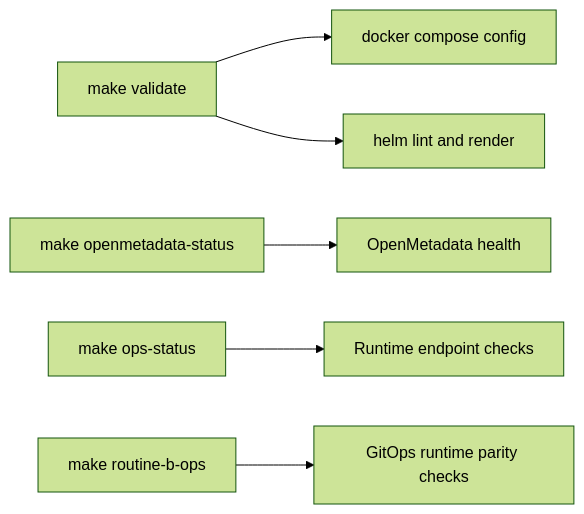
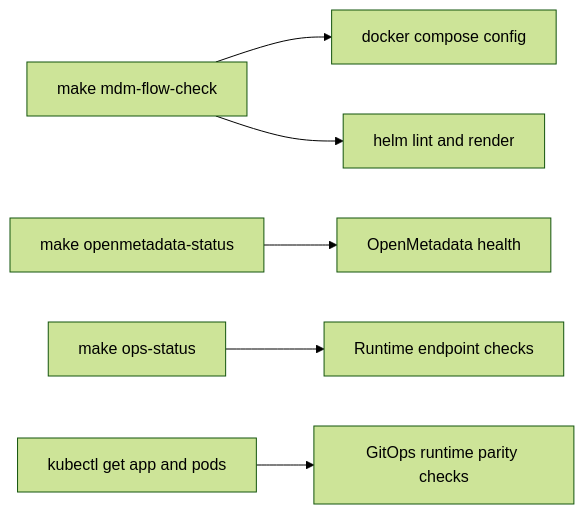
The ninth of 9 diagrams in docs/architecture.md (paulchen8206/Full-Stack-Modern-Data-Architecture-and-Engineering), drawn with Mermaid (forest theme) before and after one commit. The commit also changed other lines of this file and 23 other files, not shown here.

````diff
--- a/docs/architecture.md
+++ b/docs/architecture.md
@@ -833,8 +828,8 @@
 ```mermaid
 flowchart LR
-  A[make validate] --> B[docker compose config]
+  A[make mdm-flow-check] --> B[docker compose config]
   A --> C[helm lint and render]
   D[make openmetadata-status] --> E[OpenMetadata health]
   F[make ops-status] --> G[Runtime endpoint checks]
-  H[make routine-b-ops] --> I[GitOps runtime parity checks]
+  H[kubectl get app and pods] --> I[GitOps runtime parity checks]
 ```
````
